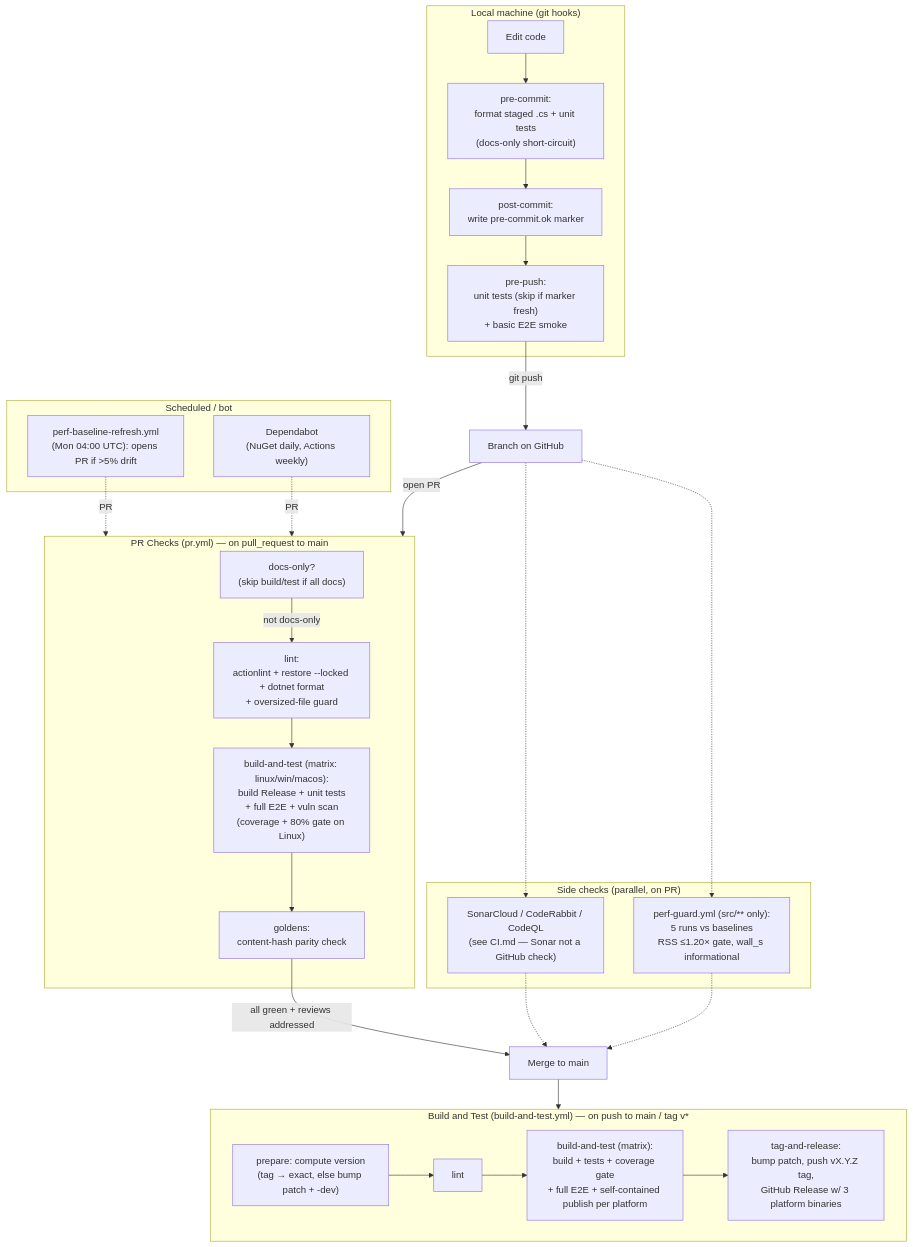
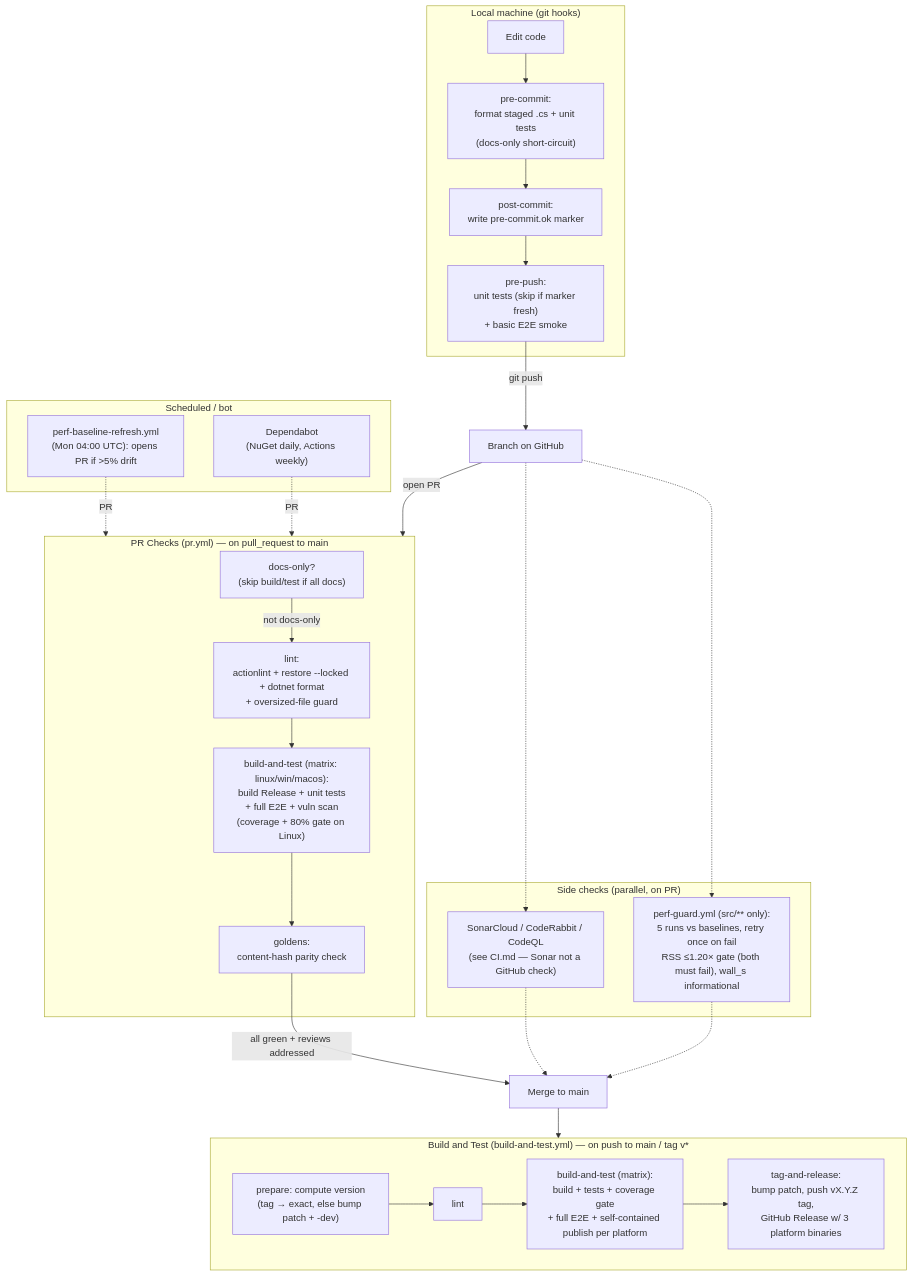
One commit to dwojtaszek/zipper changed the diagram in docs/cicd.md. Above: the diagram before and after it, drawn with Mermaid. The commit also changed other lines of this file, not shown here.

Commit message:
docs: document perf-guard retry-once behavior (#1003)

````diff
--- a/docs/cicd.md
+++ b/docs/cicd.md
@@ -9,49 +9,49 @@
 ```mermaid
 flowchart TD
     subgraph local["Local machine (git hooks)"]
         edit["Edit code"]
         precommit["pre-commit:<br/>format staged .cs + unit tests<br/>(docs-only short-circuit)"]
         postcommit["post-commit:<br/>write pre-commit.ok marker"]
         prepush["pre-push:<br/>unit tests (skip if marker fresh)<br/>+ basic E2E smoke"]
         edit --> precommit --> postcommit --> prepush
     end
 
     prepush -->|git push| remote["Branch on GitHub"]
     remote -->|open PR| prpipe
 
     subgraph prpipe["PR Checks (pr.yml) — on pull_request to main"]
         docsonly["docs-only?<br/>(skip build/test if all docs)"]
         lint["lint:<br/>actionlint + restore --locked + dotnet format<br/>+ oversized-file guard"]
         bt["build-and-test (matrix: linux/win/macos):<br/>build Release + unit tests<br/>+ full E2E + vuln scan<br/>(coverage + 80% gate on Linux)"]
         gold["goldens:<br/>content-hash parity check"]
         docsonly -->|not docs-only| lint --> bt --> gold
     end
 
     subgraph side["Side checks (parallel, on PR)"]
-        perf["perf-guard.yml (src/** only):<br/>5 runs vs baselines<br/>RSS ≤1.20× gate, wall_s informational"]
+        perf["perf-guard.yml (src/** only):<br/>5 runs vs baselines, retry once on fail<br/>RSS ≤1.20× gate (both must fail), wall_s informational"]
         sonar["SonarCloud / CodeRabbit / CodeQL<br/>(see CI.md — Sonar not a GitHub check)"]
     end
     remote -.-> perf
     remote -.-> sonar
 
     gold -->|all green + reviews addressed| merge["Merge to main"]
     perf -.-> merge
     sonar -.-> merge
 
     merge --> btmain
 
     subgraph btmain["Build and Test (build-and-test.yml) — on push to main / tag v*"]
         prep["prepare: compute version<br/>(tag → exact, else bump patch + -dev)"]
         lint2["lint"]
         bt2["build-and-test (matrix):<br/>build + tests + coverage gate<br/>+ full E2E + self-contained publish per platform"]
         rel["tag-and-release:<br/>bump patch, push vX.Y.Z tag,<br/>GitHub Release w/ 3 platform binaries"]
         prep --> lint2 --> bt2 --> rel
     end
 
     subgraph sched["Scheduled / bot"]
         baseline["perf-baseline-refresh.yml<br/>(Mon 04:00 UTC): opens PR if >5% drift"]
         dependabot["Dependabot<br/>(NuGet daily, Actions weekly)"]
     end
     baseline -.->|PR| prpipe
     dependabot -.->|PR| prpipe
 ```
````
